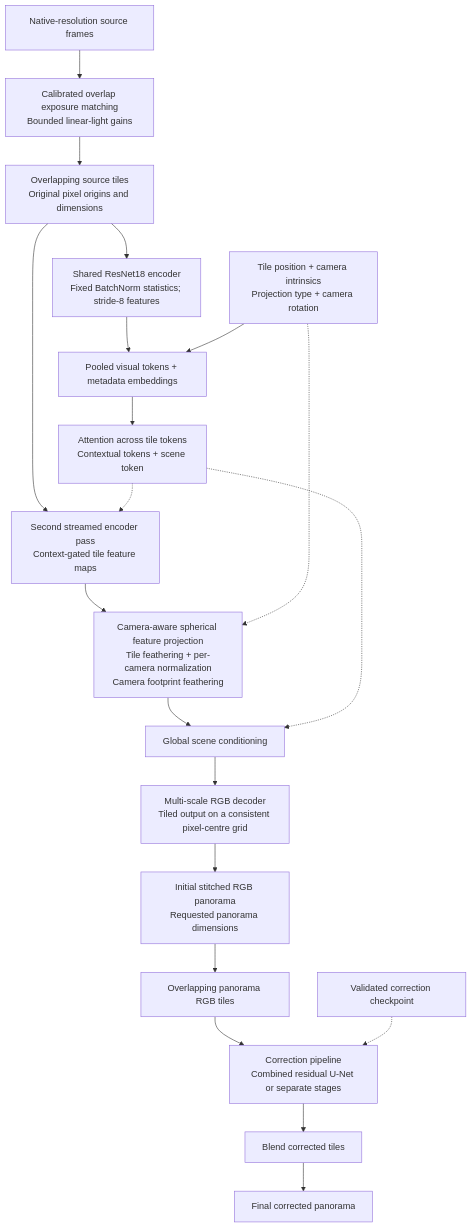
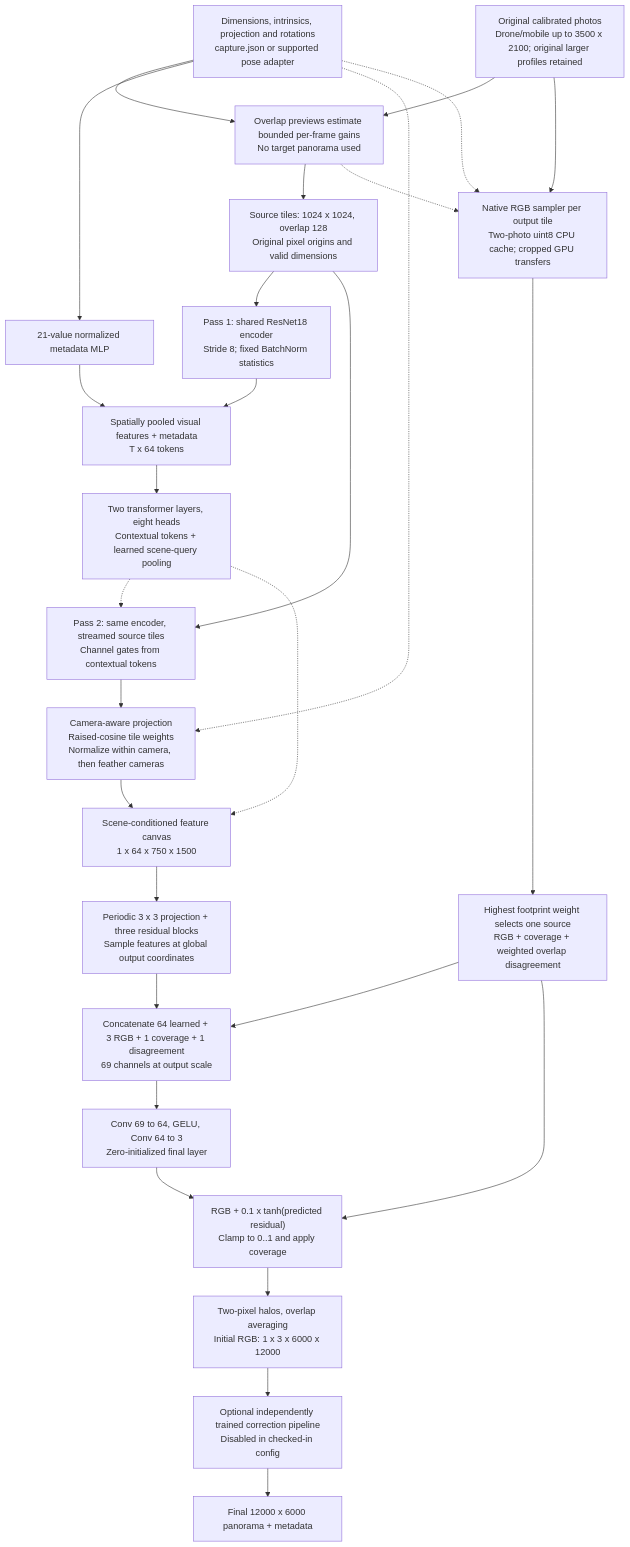
Before and after one commit to prasannac10/Capture_360: the first of 5 diagrams in panorama/ARCHITECTURE_VARIABLE_TILED.md, drawn with Mermaid. The commit also changed other lines of this file and 25 other files, not shown here.

````diff
--- a/panorama/ARCHITECTURE_VARIABLE_TILED.md
+++ b/panorama/ARCHITECTURE_VARIABLE_TILED.md
@@ -15,29 +21,36 @@
 ```mermaid
 flowchart TD
-    frames["Native-resolution source frames"]
-    tile["Overlapping source tiles<br/>Original pixel origins and dimensions"]
-    encoder["Shared ResNet18 encoder<br/>Fixed BatchNorm statistics; stride-8 features"]
-    metadata["Tile position + camera intrinsics<br/>Projection type + camera rotation"]
-    tokens["Pooled visual tokens + metadata embeddings"]
-    attention["Attention across tile tokens<br/>Contextual tokens + scene token"]
-    second["Second streamed encoder pass<br/>Context-gated tile feature maps"]
-    projection["Camera-aware spherical feature projection<br/>Tile feathering + per-camera normalization<br/>Camera footprint feathering"]
-    condition["Global scene conditioning"]
-    decoder["Multi-scale RGB decoder<br/>Tiled output on a consistent pixel-centre grid"]
-    output["Initial stitched RGB panorama<br/>Requested panorama dimensions"]
-    tiles["Overlapping panorama RGB tiles"]
-    correction["Correction pipeline<br/>Combined residual U-Net or separate stages"]
-    merge["Blend corrected tiles"]
-    final["Final corrected panorama"]
-    weights["Validated correction checkpoint"]
-    exposure["Calibrated overlap exposure matching<br/>Bounded linear-light gains"]
-    frames --> exposure --> tile --> encoder --> tokens --> attention
-    metadata --> tokens
-    tile --> second
+    photos["Original calibrated photos<br/>Drone/mobile up to 3500 x 2100; original larger profiles retained"]
+    camera["Dimensions, intrinsics, projection and rotations<br/>capture.json or supported pose adapter"]
+    exposure["Overlap previews estimate bounded per-frame gains<br/>No target panorama used"]
+    tiles["Source tiles: 1024 x 1024, overlap 128<br/>Original pixel origins and valid dimensions"]
+    encoder["Pass 1: shared ResNet18 encoder<br/>Stride 8; fixed BatchNorm statistics"]
+    metadata["21-value normalized metadata MLP"]
+    tokens["Spatially pooled visual features + metadata<br/>T x 64 tokens"]
+    attention["Two transformer layers, eight heads<br/>Contextual tokens + learned scene-query pooling"]
+    second["Pass 2: same encoder, streamed source tiles<br/>Channel gates from contextual tokens"]
+    sphere["Camera-aware projection<br/>Raised-cosine tile weights<br/>Normalize within camera, then feather cameras"]
+    features["Scene-conditioned feature canvas<br/>1 x 64 x 750 x 1500"]
+    refine["Periodic 3 x 3 projection + three residual blocks<br/>Sample features at global output coordinates"]
+    native["Native RGB sampler per output tile<br/>Two-photo uint8 CPU cache; cropped GPU transfers"]
+    winner["Highest footprint weight selects one source<br/>RGB + coverage + weighted overlap disagreement"]
+    concat["Concatenate 64 learned + 3 RGB + 1 coverage + 1 disagreement<br/>69 channels at output scale"]
+    head["Conv 69 to 64, GELU, Conv 64 to 3<br/>Zero-initialized final layer"]
+    residual["RGB + 0.1 x tanh(predicted residual)<br/>Clamp to 0..1 and apply coverage"]
+    output["Two-pixel halos, overlap averaging<br/>Initial RGB: 1 x 3 x 6000 x 12000"]
+    correction["Optional independently trained correction pipeline<br/>Disabled in checked-in config"]
+    final["Final 12000 x 6000 panorama + metadata"]
+    photos --> exposure --> tiles --> encoder --> tokens --> attention
+    camera --> exposure
+    camera --> metadata --> tokens
+    tiles --> second
     attention -.-> second
-    second --> projection --> condition --> decoder --> output
-    metadata -.-> projection
-    attention -.-> condition
-    output --> tiles --> correction --> merge --> final
-    weights -.-> correction
+    second --> sphere --> features --> refine --> concat
+    camera -.-> sphere
+    attention -.-> features
+    photos --> native --> winner --> concat --> head --> residual --> output
+    camera -.-> native
+    exposure -.-> native
+    winner --> residual
+    output --> correction --> final
 ```
````
